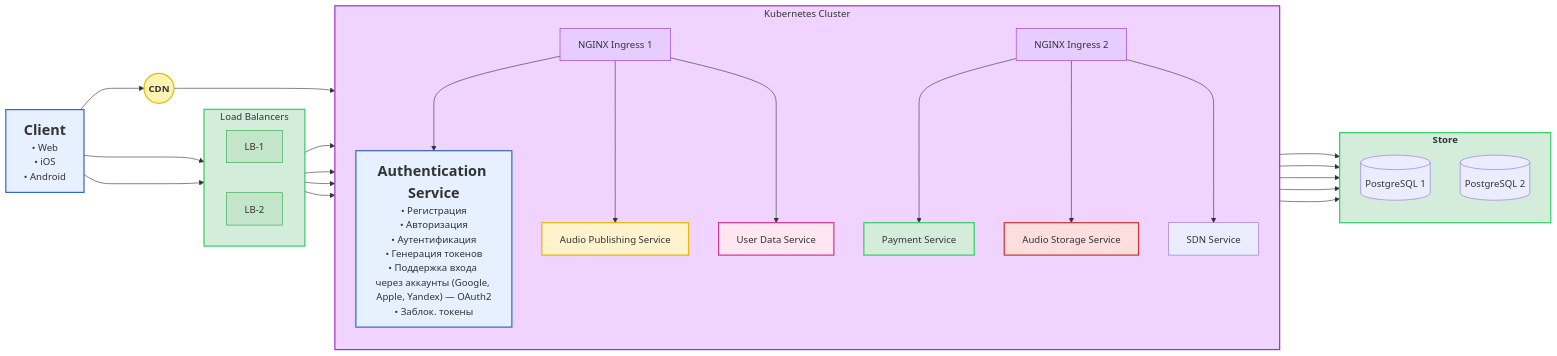
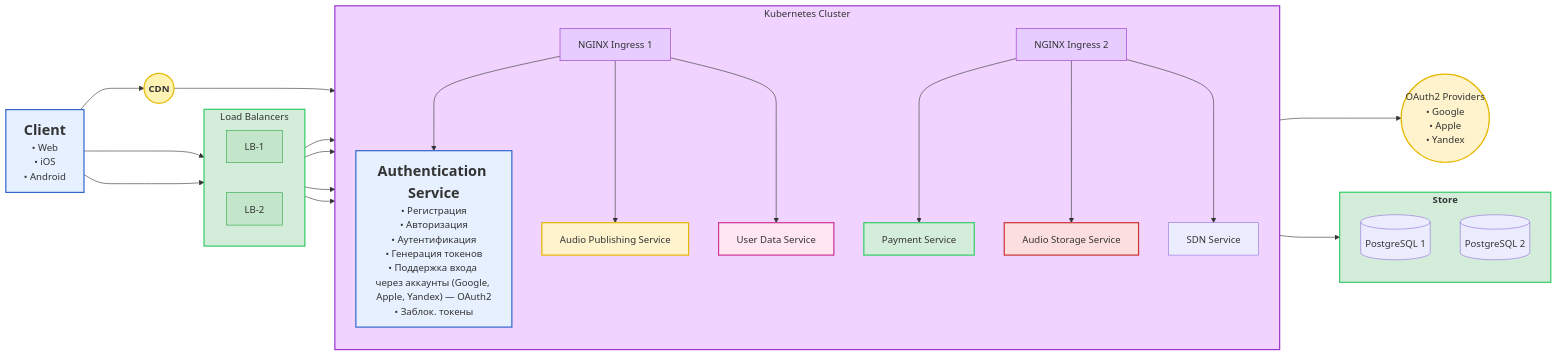
Before and after one commit to KmnPetr/SysDesign: the first of 5 diagrams in architecture.md, drawn with Mermaid.

````diff
--- a/architecture.md
+++ b/architecture.md
@@ -5,74 +5,73 @@
 ```mermaid
 graph LR
     CLIENT["<b><font size='5'>Client</font></b><br/>• Web<br/>• iOS<br/>• Android"]
 
     subgraph LB["Load Balancers"]
         direction LR
         LB1[LB-1]
         LB2[LB-2]
     end
 
     subgraph K8S["Kubernetes Cluster"]
         direction TB
         INGRESS1[NGINX Ingress 1]
         INGRESS2[NGINX Ingress 2]
 
         AUTH["<b><font size='5'>Authentication Service</font></b><br/>• Регистрация<br/>• Авторизация<br/>• Аутентификация<br/>• Генерация токенов<br/>• Поддержка входа через аккаунты (Google, Apple, Yandex) — OAuth2<br/>• Заблок. токены"]
         PAYMENT["Payment Service"]
         AUDIO_PUBLISH["Audio Publishing Service"]
         MUSIC_STORAGE["Audio Storage Service"]
         USER_DATA["User Data Service"]
         SDN_SR["SDN Service"]
     end
 
     subgraph STORE["<b>Store</b>"]
         direction TB
         PG1[(PostgreSQL 1)]
         PG2[(PostgreSQL 2)]
     end
 
 
     CDN(("<b>CDN</b>"))
+    OAUTH(("OAuth2 Providers<br/>• Google<br/>• Apple<br/>• Yandex"))
 
     %% Соединения
     CLIENT --> LB1
     CLIENT --> LB2
 
     LB1 --> INGRESS1
     LB1 --> INGRESS2
     LB2 --> INGRESS1
     LB2 --> INGRESS2
 
     INGRESS1 ---> AUTH
     INGRESS2 ---> PAYMENT
     INGRESS1 ---> AUDIO_PUBLISH
     INGRESS2 ---> MUSIC_STORAGE
     INGRESS1 ---> USER_DATA
     INGRESS2 ---> SDN_SR
 
     AUTH ---> STORE
-    PAYMENT ---> STORE
-    AUDIO_PUBLISH ---> STORE
-    MUSIC_STORAGE ---> STORE
-    USER_DATA ---> STORE
 
     CLIENT ---> CDN
     CDN ---> SDN_SR
+    AUTH ---> OAUTH
 
     %% Стили
     style CLIENT fill:#e6f0ff,stroke:#3366cc,stroke-width:2px
 
     style LB fill:#d4edda,stroke:#33cc66,stroke-width:2px
     style LB1 fill:#c3e6cb,stroke:#28a745,stroke-width:1px
     style LB2 fill:#c3e6cb,stroke:#28a745,stroke-width:1px
     style K8S fill:#f0d4ff,stroke:#9933cc,stroke-width:2px
     style STORE fill:#d4edda,stroke:#33cc66,stroke-width:2px
     style INGRESS1 fill:#e6ccff,stroke:#9933cc,stroke-width:1px
     style INGRESS2 fill:#e6ccff,stroke:#9933cc,stroke-width:1px
     style AUTH fill:#e6f0ff,stroke:#3366cc,stroke-width:2px
     style PAYMENT fill:#d4edda,stroke:#33cc66,stroke-width:2px
     style AUDIO_PUBLISH fill:#fff3cd,stroke:#e6b800,stroke-width:2px
     style MUSIC_STORAGE fill:#fddede,stroke:#cc3333,stroke-width:2px
     style USER_DATA fill:#ffe6f0,stroke:#cc3399,stroke-width:2px
     style CDN fill:#fff3b3,stroke:#e6b800,stroke-width:2px
+    style OAUTH fill:#fff3cd,stroke:#e6b800,stroke-width:2px
 ```
````
